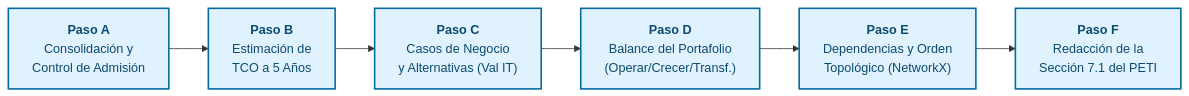
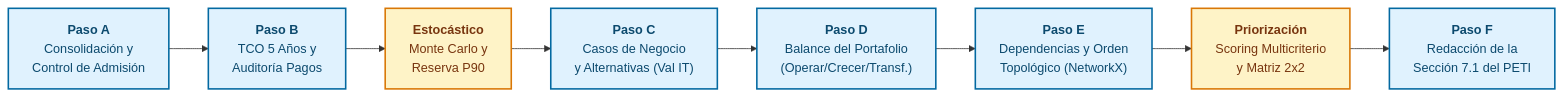
The diagram in README.md (FabricioRams/SI886-S13-TALLER-Grupo8), drawn with Mermaid before and after one commit. The commit also changed other lines of this file and 19 other files, not shown here.

Commit message:
S13: auditoria forense de pagos (pagos.csv), simulacion monte carlo de tco y priorizacion multicriterio — PF03, PF09, PF10 y suite run_all

````diff
--- a/README.md
+++ b/README.md
@@ -66,10 +67,14 @@
 ```mermaid
 flowchart LR
-    PA["<b>Paso A</b><br/>Consolidación y<br/>Control de Admisión"] --> PB["<b>Paso B</b><br/>Estimación de<br/>TCO a 5 Años"]
-    PB --> PC["<b>Paso C</b><br/>Casos de Negocio<br/>y Alternativas (Val IT)"]
+    PA["<b>Paso A</b><br/>Consolidación y<br/>Control de Admisión"] --> PB["<b>Paso B</b><br/>TCO 5 Años y<br/>Auditoría Pagos"]
+    PB --> PB2["<b>Estocástico</b><br/>Monte Carlo y<br/>Reserva P90"]
+    PB2 --> PC["<b>Paso C</b><br/>Casos de Negocio<br/>y Alternativas (Val IT)"]
     PC --> PD["<b>Paso D</b><br/>Balance del Portafolio<br/>(Operar/Crecer/Transf.)"]
     PD --> PE["<b>Paso E</b><br/>Dependencias y Orden<br/>Topológico (NetworkX)"]
-    PE --> PF["<b>Paso F</b><br/>Redacción de la<br/>Sección 7.1 del PETI"]
+    PE --> PE2["<b>Priorización</b><br/>Scoring Multicriterio<br/>y Matriz 2x2"]
+    PE2 --> PF["<b>Paso F</b><br/>Redacción de la<br/>Sección 7.1 del PETI"]
     classDef step fill:#E0F2FE,stroke:#0369A1,stroke-width:2px,color:#0C4A6E;
+    classDef step_new fill:#FEF3C7,stroke:#D97706,stroke-width:2px,color:#78350F;
     class PA,PB,PC,PD,PE,PF step;
+    class PB2,PE2 step_new;
 ```
````
